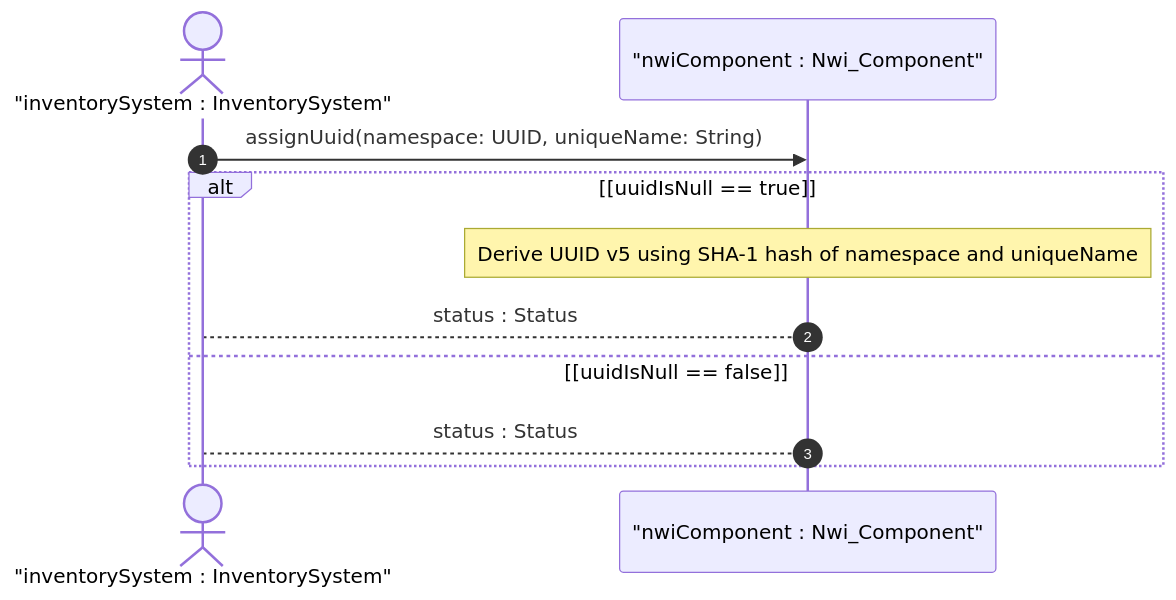
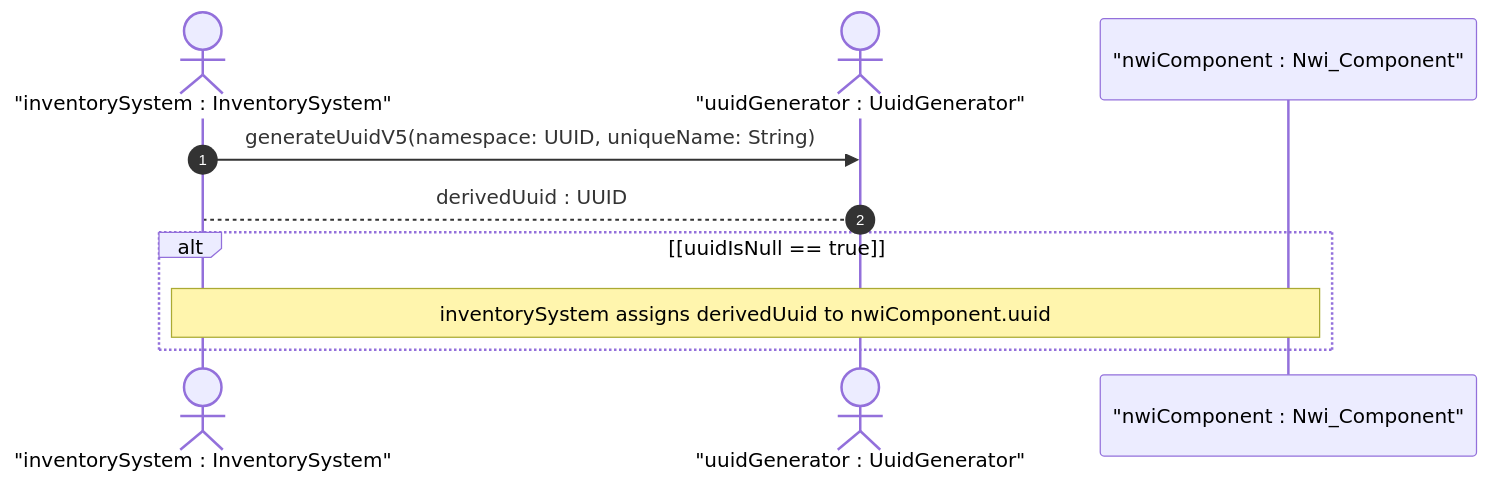
Before and after one commit to gintatkinson/3dgs-032: the first of 2 diagrams in docs/user-stories/us-81-component-uuid-v5-derivation.md, drawn with Mermaid. The commit also changed 11 other files, not shown here.

Commit message:
Fix UML method multiplicity, resolve ordinal conflicts, update real matrix

````diff
--- a/docs/user-stories/us-81-component-uuid-v5-derivation.md
+++ b/docs/user-stories/us-81-component-uuid-v5-derivation.md
@@ -23,14 +23,13 @@
 ```mermaid
 sequenceDiagram
     autonumber
     actor inventorySystem as "inventorySystem : InventorySystem"
+    actor uuidGenerator as "uuidGenerator : UuidGenerator"
     participant nwiComponent as "nwiComponent : Nwi_Component"
 
-    inventorySystem->>nwiComponent: assignUuid(namespace: UUID, uniqueName: String)
+    inventorySystem->>uuidGenerator: generateUuidV5(namespace: UUID, uniqueName: String)
+    uuidGenerator-->inventorySystem: derivedUuid : UUID
     alt [uuidIsNull == true]
-        Note over nwiComponent: Derive UUID v5 using SHA-1 hash of namespace and uniqueName
-        nwiComponent-->inventorySystem: status : Status
-    else [uuidIsNull == false]
-        nwiComponent-->inventorySystem: status : Status
+        Note over inventorySystem, nwiComponent: inventorySystem assigns derivedUuid to nwiComponent.uuid
     end
 ```
````
